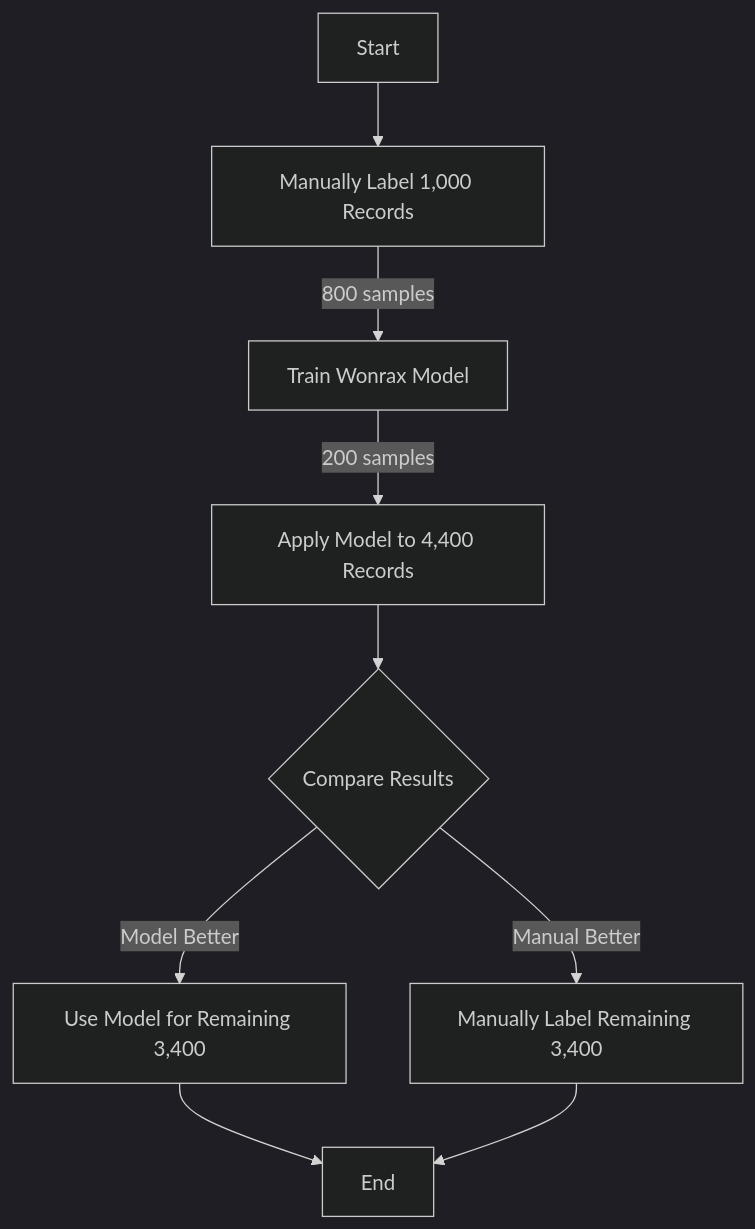
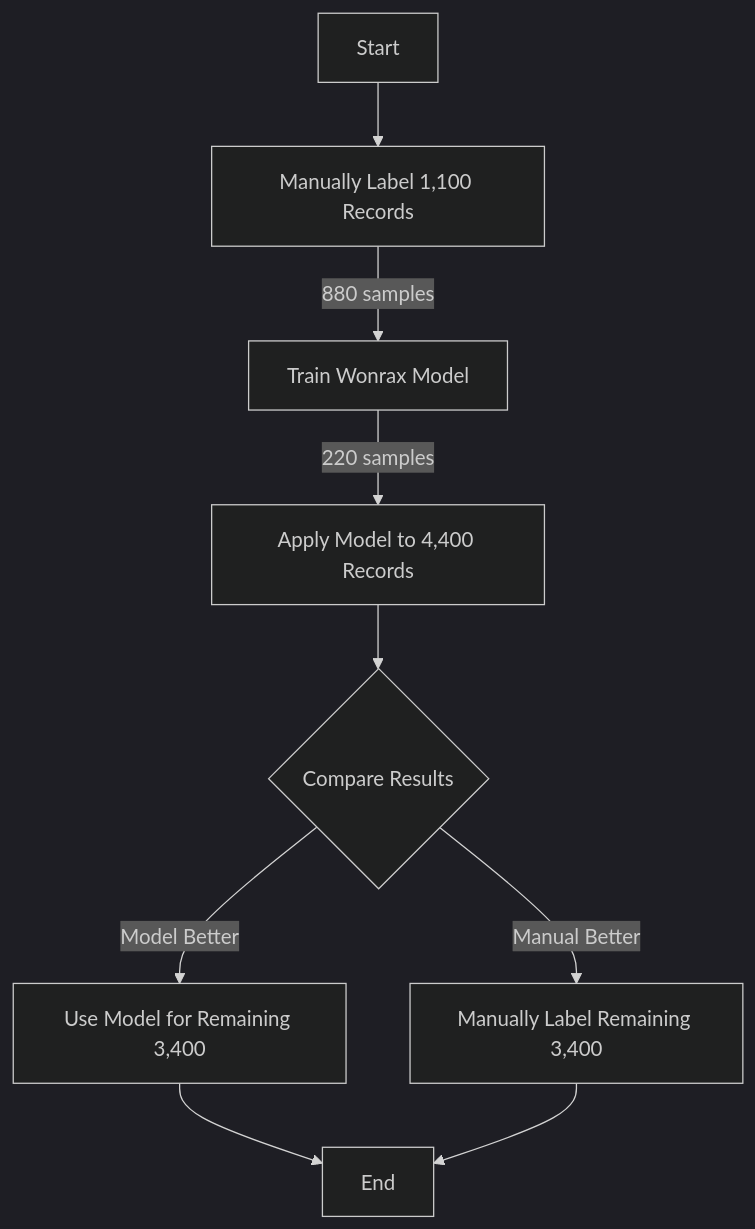
Before and after one commit to KieTuaNguyen/Model_FinalYearProject: the second of 3 diagrams in Document/ABSAModeling.md, drawn with Mermaid (dark theme). The commit also changed other lines of this file and 6 other files, not shown here.

````diff
--- a/Document/ABSAModeling.md
+++ b/Document/ABSAModeling.md
@@ -51,12 +51,12 @@
 ```mermaid
 graph TD
-    A[Start] --> B[Manually Label 1,000 Records]
-    B --> |800 samples| C[Train Wonrax Model]
-    C --> |200 samples| D[Apply Model to 4,400 Records]
+    A[Start] --> B[Manually Label 1,100 Records]
+    B --> |880 samples| C[Train Wonrax Model]
+    C --> |220 samples| D[Apply Model to 4,400 Records]
     D --> E{Compare Results}
     E -->|Model Better| F[Use Model for Remaining 3,400]
     E -->|Manual Better| G[Manually Label Remaining 3,400]
     F --> H[End]
     G --> H
 
 ```
````
